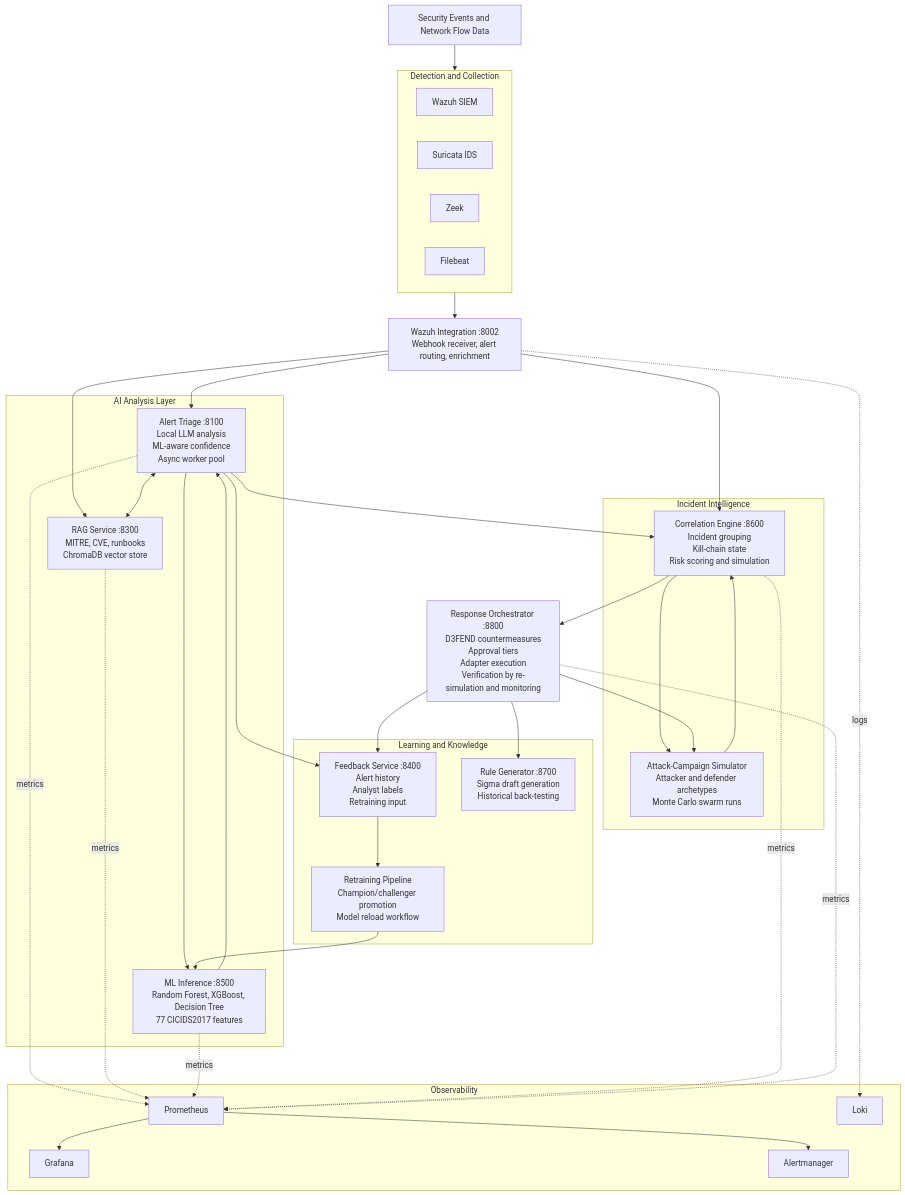
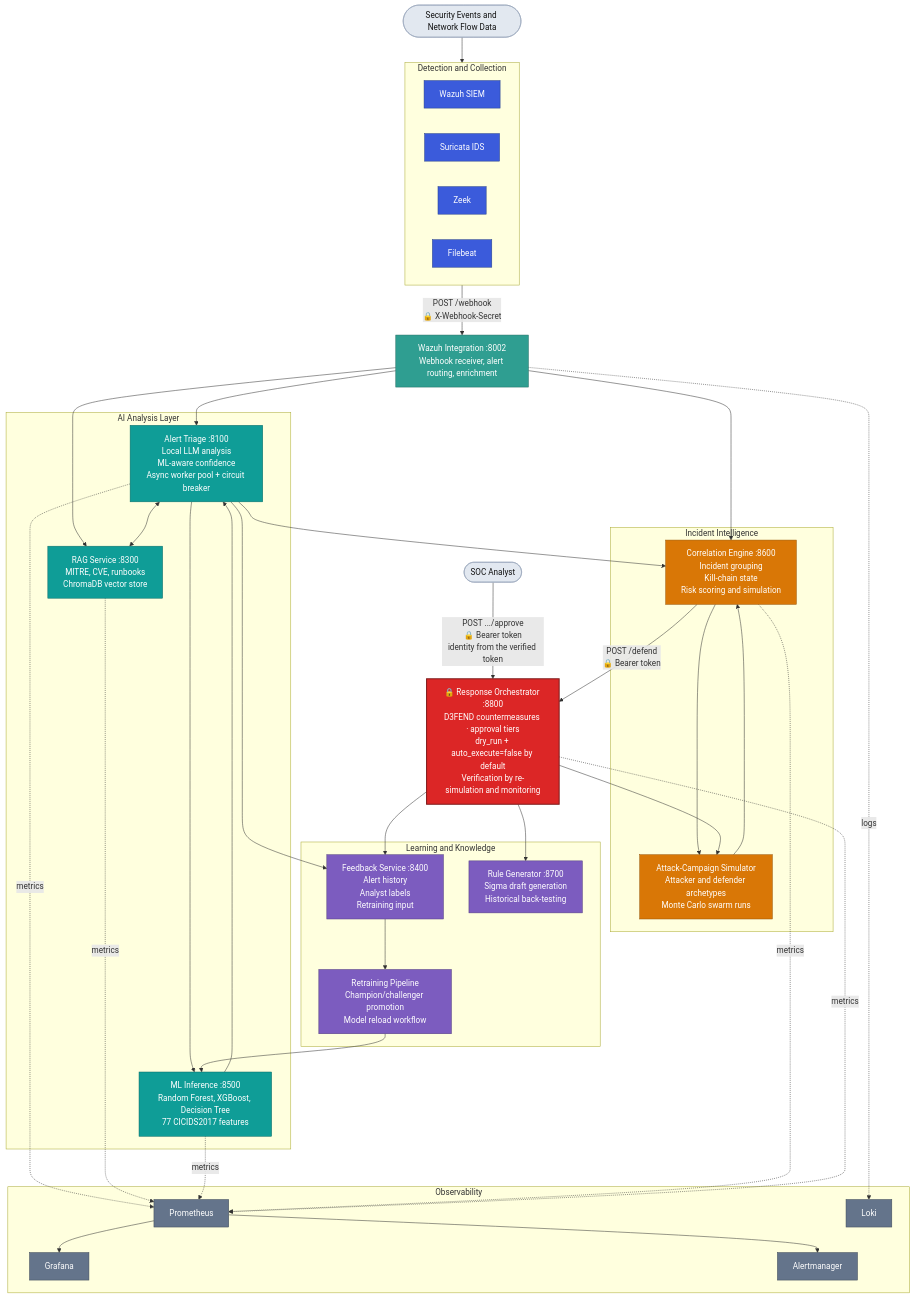
Before and after one commit to hani-alsulami/SOC-AI-Analyst: the diagram in README.md, drawn with Mermaid. The commit also changed other lines of this file, not shown here.

Commit message:
docs: color-code architecture diagram and mark auth boundaries
Add classDef color coding per architectural layer (detection, AI
analysis, learning, incident intelligence, orchestrator, observability)
so the diagram reads at a glance instead of as uniform gray boxes.

Add explicit auth annotations (🔒 X-Webhook-Secret on the Wazuh
webhook, 🔒 Bearer token on /defend and /approve) and a SOC Analyst
actor node for the human-approval step, so the diagram reflects the
authentication now enforced on those endpoints.

Update the stale Security Notes bullet that still listed API auth as
a TODO — it's implemented, with the remaining gap (per-analyst keys)
called out instead.

````diff
--- a/README.md
+++ b/README.md
@@ -51,6 +53,7 @@
 ```mermaid
 flowchart TB
-    events["Security Events and Network Flow Data"]
+    events(["Security Events and Network Flow Data"])
+    analyst(["SOC Analyst"])
 
     subgraph collect["Detection and Collection"]
         wazuh["Wazuh SIEM"]
@@ -62,7 +65,7 @@
     integration["Wazuh Integration :8002<br/>Webhook receiver, alert routing, enrichment"]
 
     subgraph analysis["AI Analysis Layer"]
-        triage["Alert Triage :8100<br/>Local LLM analysis<br/>ML-aware confidence<br/>Async worker pool"]
+        triage["Alert Triage :8100<br/>Local LLM analysis<br/>ML-aware confidence<br/>Async worker pool + circuit breaker"]
         rag["RAG Service :8300<br/>MITRE, CVE, runbooks<br/>ChromaDB vector store"]
         ml["ML Inference :8500<br/>Random Forest, XGBoost, Decision Tree<br/>77 CICIDS2017 features"]
     end
@@ -78,7 +81,7 @@
         swarm["Attack-Campaign Simulator<br/>Attacker and defender archetypes<br/>Monte Carlo swarm runs"]
     end
 
-    orchestrator["Response Orchestrator :8800<br/>D3FEND countermeasures<br/>Approval tiers<br/>Adapter execution<br/>Verification by re-simulation and monitoring"]
+    orchestrator["🔒 Response Orchestrator :8800<br/>D3FEND countermeasures · approval tiers<br/>dry_run + auto_execute=false by default<br/>Verification by re-simulation and monitoring"]
 
     subgraph observe["Observability"]
         prometheus["Prometheus"]
@@ -88,7 +91,7 @@
     end
 
     events --> collect
-    collect --> integration
+    collect -- "POST /webhook<br/>🔒 X-Webhook-Secret" --> integration
     integration --> triage
     integration --> rag
     triage <--> rag
@@ -101,7 +104,8 @@
     integration --> correlation
     correlation --> swarm
     swarm --> correlation
-    correlation --> orchestrator
+    correlation -- "POST /defend<br/>🔒 Bearer token" --> orchestrator
+    analyst -- "POST .../approve<br/>🔒 Bearer token<br/>identity from the verified token" --> orchestrator
     orchestrator --> rules
     orchestrator --> feedback
     orchestrator --> swarm
@@ -114,4 +118,22 @@
     prometheus --> grafana
     prometheus --> alertmanager
     integration -. logs .-> loki
+
+    classDef collectStyle fill:#3b5bdb,stroke:#26408a,color:#fff
+    classDef integrationStyle fill:#2f9e91,stroke:#1f6b62,color:#fff
+    classDef analysisStyle fill:#0f9d97,stroke:#0a6b67,color:#fff
+    classDef memoryStyle fill:#7c5cbf,stroke:#523d80,color:#fff
+    classDef incidentsStyle fill:#d97706,stroke:#985404,color:#fff
+    classDef orchestratorStyle fill:#dc2626,stroke:#7f1d1d,color:#fff,stroke-width:2px
+    classDef observeStyle fill:#64748b,stroke:#3f4a58,color:#fff
+    classDef eventStyle fill:#e2e8f0,stroke:#94a3b8,color:#111
+
+    class wazuh,suricata,zeek,filebeat collectStyle
+    class integration integrationStyle
+    class triage,rag,ml analysisStyle
+    class feedback,retraining,rules memoryStyle
+    class correlation,swarm incidentsStyle
+    class orchestrator orchestratorStyle
+    class prometheus,grafana,alertmanager,loki observeStyle
+    class events,analyst eventStyle
 ```
````
